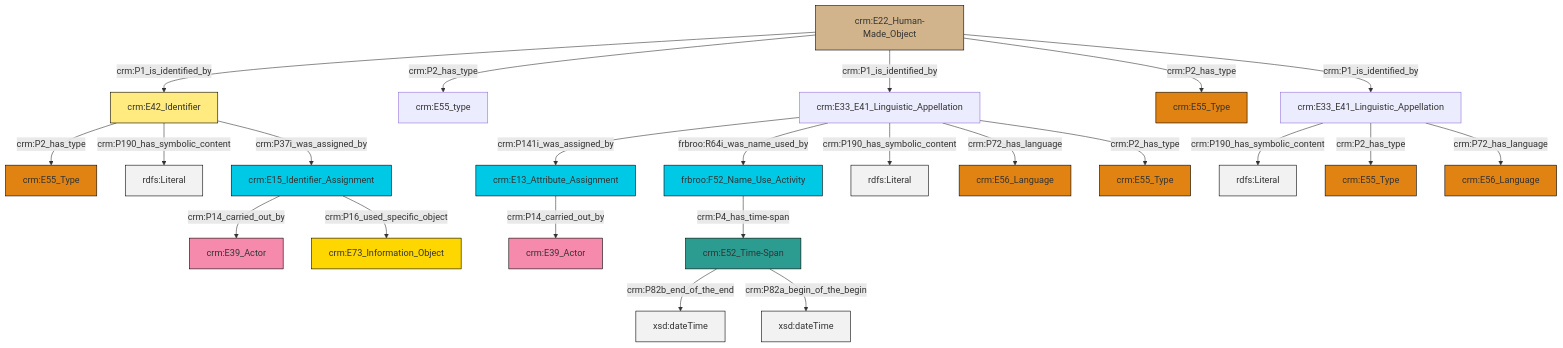
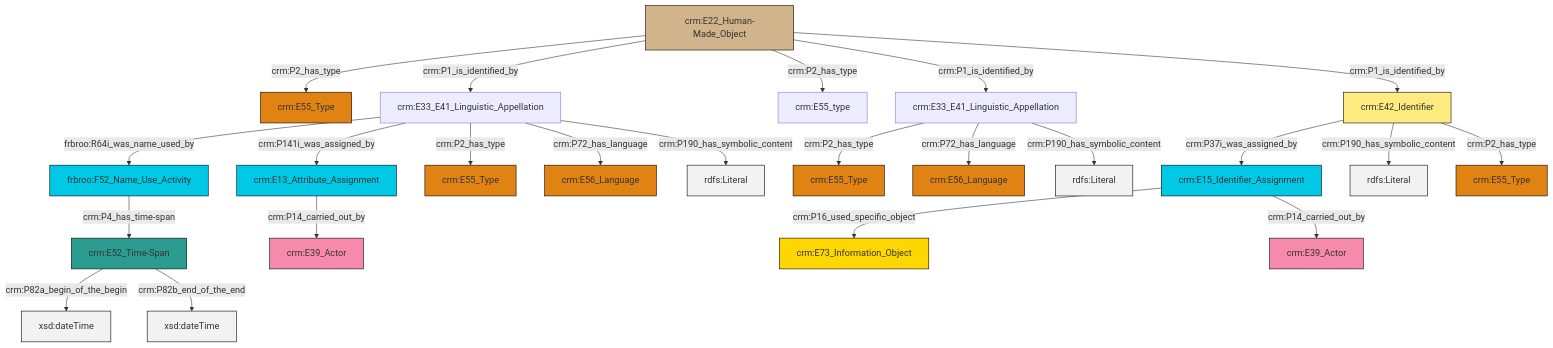
Before and after one commit to swiss-art-research-net/reference-data-models: the diagram in et/artworkCSV/ttl/mmd/Artwork_Name.ttl.mmd, drawn with Mermaid. The commit also changed 124 other files, not shown here.

```diff
--- a/et/artworkCSV/ttl/mmd/Artwork_Name.ttl.mmd
+++ b/et/artworkCSV/ttl/mmd/Artwork_Name.ttl.mmd
@@ -1,37 +1,37 @@
 graph TD
 classDef Literal fill:#f2f2f2,stroke:#000000;
 classDef CRM_Entity fill:#FFFFFF,stroke:#000000;
 classDef Temporal_Entity fill:#00C9E6, stroke:#000000;
 classDef Type fill:#E18312, stroke:#000000;
 classDef Time-Span fill:#2C9C91, stroke:#000000;
 classDef Appellation fill:#FFEB7F, stroke:#000000;
 classDef Place fill:#008836, stroke:#000000;
 classDef Persistent_Item fill:#B266B2, stroke:#000000;
 classDef Conceptual_Object fill:#FFD700, stroke:#000000;
 classDef Physical_Thing fill:#D2B48C, stroke:#000000;
 classDef Actor fill:#f58aad, stroke:#000000;
 classDef PC_Classes fill:#4ce600, stroke:#000000;
 classDef Multi fill:#cccccc,stroke:#000000;
 
-0["crm:E33_E41_Linguistic_Appellation"]:::Default -->|crm:P141i_was_assigned_by| 1["crm:E13_Attribute_Assignment"]:::Temporal_Entity
-0["crm:E33_E41_Linguistic_Appellation"]:::Default -->|frbroo:R64i_was_name_used_by| 2["frbroo:F52_Name_Use_Activity"]:::Temporal_Entity
-9["crm:E42_Identifier"]:::Appellation -->|crm:P2_has_type| 10["crm:E55_Type"]:::Type
-11["crm:E52_Time-Span"]:::Time-Span -->|crm:P82b_end_of_the_end| 12[xsd:dateTime]:::Literal
-13["crm:E22_Human-Made_Object"]:::Physical_Thing -->|crm:P1_is_identified_by| 9["crm:E42_Identifier"]:::Appellation
-2["frbroo:F52_Name_Use_Activity"]:::Temporal_Entity -->|crm:P4_has_time-span| 11["crm:E52_Time-Span"]:::Time-Span
-16["crm:E15_Identifier_Assignment"]:::Temporal_Entity -->|crm:P14_carried_out_by| 17["crm:E39_Actor"]:::Actor
-3["crm:E33_E41_Linguistic_Appellation"]:::Default -->|crm:P190_has_symbolic_content| 18[rdfs:Literal]:::Literal
-0["crm:E33_E41_Linguistic_Appellation"]:::Default -->|crm:P190_has_symbolic_content| 19[rdfs:Literal]:::Literal
-3["crm:E33_E41_Linguistic_Appellation"]:::Default -->|crm:P2_has_type| 5["crm:E55_Type"]:::Type
-9["crm:E42_Identifier"]:::Appellation -->|crm:P190_has_symbolic_content| 25[rdfs:Literal]:::Literal
-13["crm:E22_Human-Made_Object"]:::Physical_Thing -->|crm:P2_has_type| 28["crm:E55_type"]:::Default
-13["crm:E22_Human-Made_Object"]:::Physical_Thing -->|crm:P1_is_identified_by| 0["crm:E33_E41_Linguistic_Appellation"]:::Default
-3["crm:E33_E41_Linguistic_Appellation"]:::Default -->|crm:P72_has_language| 32["crm:E56_Language"]:::Type
-13["crm:E22_Human-Made_Object"]:::Physical_Thing -->|crm:P2_has_type| 21["crm:E55_Type"]:::Type
-16["crm:E15_Identifier_Assignment"]:::Temporal_Entity -->|crm:P16_used_specific_object| 35["crm:E73_Information_Object"]:::Conceptual_Object
-1["crm:E13_Attribute_Assignment"]:::Temporal_Entity -->|crm:P14_carried_out_by| 26["crm:E39_Actor"]:::Actor
-0["crm:E33_E41_Linguistic_Appellation"]:::Default -->|crm:P72_has_language| 7["crm:E56_Language"]:::Type
-11["crm:E52_Time-Span"]:::Time-Span -->|crm:P82a_begin_of_the_begin| 41[xsd:dateTime]:::Literal
-9["crm:E42_Identifier"]:::Appellation -->|crm:P37i_was_assigned_by| 16["crm:E15_Identifier_Assignment"]:::Temporal_Entity
-13["crm:E22_Human-Made_Object"]:::Physical_Thing -->|crm:P1_is_identified_by| 3["crm:E33_E41_Linguistic_Appellation"]:::Default
-0["crm:E33_E41_Linguistic_Appellation"]:::Default -->|crm:P2_has_type| 30["crm:E55_Type"]:::Type
+2["crm:E22_Human-Made_Object"]:::Physical_Thing -->|crm:P2_has_type| 3["crm:E55_Type"]:::Type
+0["crm:E33_E41_Linguistic_Appellation"]:::Default -->|crm:P2_has_type| 8["crm:E55_Type"]:::Type
+10["crm:E15_Identifier_Assignment"]:::Temporal_Entity -->|crm:P16_used_specific_object| 11["crm:E73_Information_Object"]:::Conceptual_Object
+12["crm:E13_Attribute_Assignment"]:::Temporal_Entity -->|crm:P14_carried_out_by| 13["crm:E39_Actor"]:::Actor
+6["crm:E33_E41_Linguistic_Appellation"]:::Default -->|frbroo:R64i_was_name_used_by| 14["frbroo:F52_Name_Use_Activity"]:::Temporal_Entity
+6["crm:E33_E41_Linguistic_Appellation"]:::Default -->|crm:P141i_was_assigned_by| 12["crm:E13_Attribute_Assignment"]:::Temporal_Entity
+2["crm:E22_Human-Made_Object"]:::Physical_Thing -->|crm:P1_is_identified_by| 6["crm:E33_E41_Linguistic_Appellation"]:::Default
+14["frbroo:F52_Name_Use_Activity"]:::Temporal_Entity -->|crm:P4_has_time-span| 20["crm:E52_Time-Span"]:::Time-Span
+2["crm:E22_Human-Made_Object"]:::Physical_Thing -->|crm:P2_has_type| 21["crm:E55_type"]:::Default
+0["crm:E33_E41_Linguistic_Appellation"]:::Default -->|crm:P72_has_language| 25["crm:E56_Language"]:::Type
+2["crm:E22_Human-Made_Object"]:::Physical_Thing -->|crm:P1_is_identified_by| 0["crm:E33_E41_Linguistic_Appellation"]:::Default
+20["crm:E52_Time-Span"]:::Time-Span -->|crm:P82a_begin_of_the_begin| 31[xsd:dateTime]:::Literal
+28["crm:E42_Identifier"]:::Appellation -->|crm:P37i_was_assigned_by| 10["crm:E15_Identifier_Assignment"]:::Temporal_Entity
+2["crm:E22_Human-Made_Object"]:::Physical_Thing -->|crm:P1_is_identified_by| 28["crm:E42_Identifier"]:::Appellation
+0["crm:E33_E41_Linguistic_Appellation"]:::Default -->|crm:P190_has_symbolic_content| 34[rdfs:Literal]:::Literal
+6["crm:E33_E41_Linguistic_Appellation"]:::Default -->|crm:P2_has_type| 4["crm:E55_Type"]:::Type
+28["crm:E42_Identifier"]:::Appellation -->|crm:P190_has_symbolic_content| 35[rdfs:Literal]:::Literal
+10["crm:E15_Identifier_Assignment"]:::Temporal_Entity -->|crm:P14_carried_out_by| 22["crm:E39_Actor"]:::Actor
+20["crm:E52_Time-Span"]:::Time-Span -->|crm:P82b_end_of_the_end| 36[xsd:dateTime]:::Literal
+6["crm:E33_E41_Linguistic_Appellation"]:::Default -->|crm:P72_has_language| 15["crm:E56_Language"]:::Type
+6["crm:E33_E41_Linguistic_Appellation"]:::Default -->|crm:P190_has_symbolic_content| 38[rdfs:Literal]:::Literal
+28["crm:E42_Identifier"]:::Appellation -->|crm:P2_has_type| 26["crm:E55_Type"]:::Type
```
